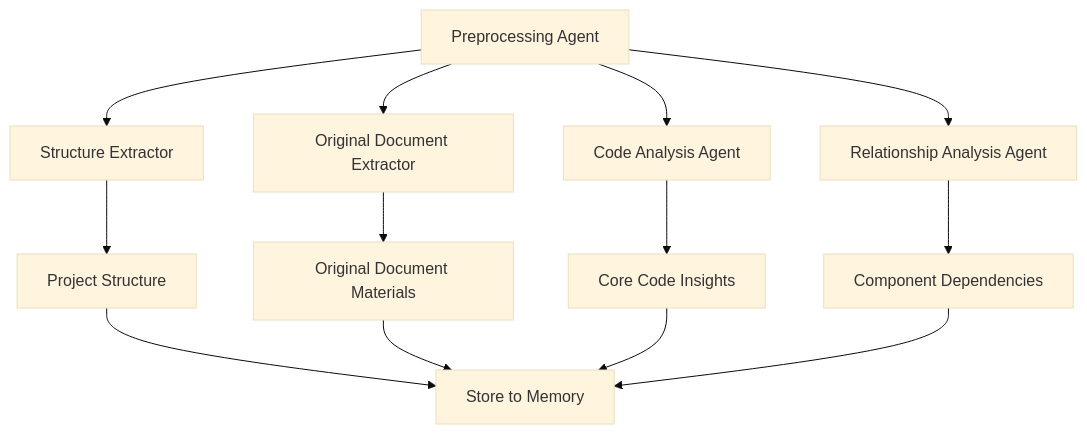
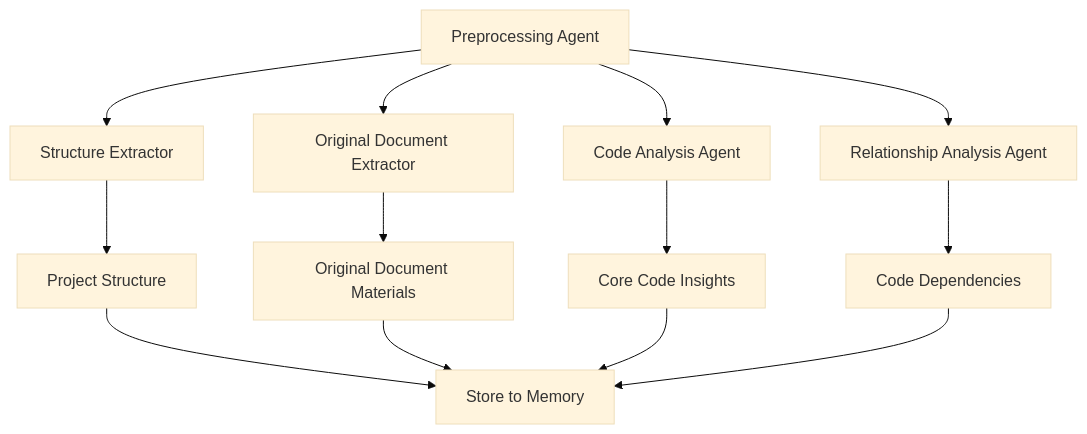
Before and after one commit to BigtoC/deepwiki-rs: the first of 5 diagrams in README.md, drawn with Mermaid (base theme). The commit also changed 1 other file, not shown here.

Commit message:
Update diagram labels from component to code dependencies

````diff
--- a/README.md
+++ b/README.md
@@ -69,15 +69,15 @@
 ```mermaid
 flowchart TD
 A[Preprocessing Agent] --> B[Structure Extractor]
 A --> C[Original Document Extractor]
 A --> D[Code Analysis Agent]
 A --> E[Relationship Analysis Agent]
 B --> F[Project Structure]
 C --> G[Original Document Materials]
 D --> H[Core Code Insights]
-E --> I[Component Dependencies]
+E --> I[Code Dependencies]
 F --> J[Store to Memory]
 G --> J
 H --> J
 I --> J
 ```
````
